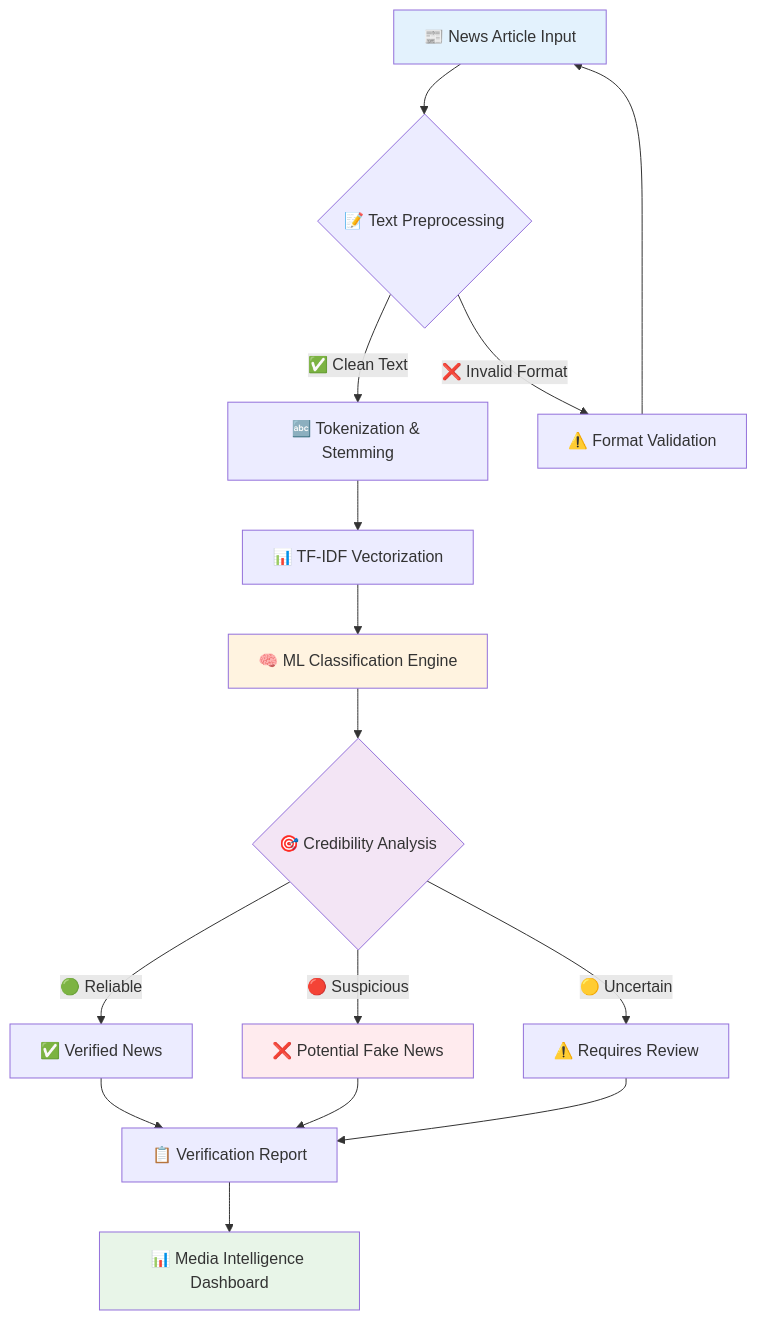
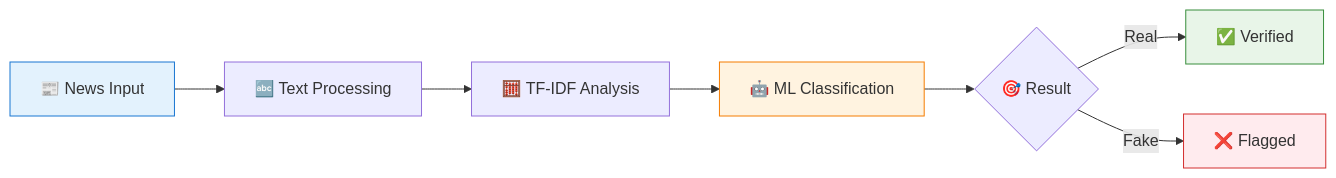
One commit to alam025/fake-news-detection-nlp-system changed the diagram in README.md. Above: the diagram before and after it, drawn with Mermaid. The commit also changed other lines of this file, not shown here.

````diff
--- a/README.md
+++ b/README.md
@@ -70,23 +77,14 @@
 ```mermaid
-graph TB
-    A[📰 News Article Input] --> B{📝 Text Preprocessing}
-    B -->|✅ Clean Text| C[🔤 Tokenization & Stemming]
-    B -->|❌ Invalid Format| D[⚠️ Format Validation]
-    D --> A
-    C --> E[📊 TF-IDF Vectorization]
-    E --> F[🧠 ML Classification Engine]
-    F --> G{🎯 Credibility Analysis}
-    G -->|🟢 Reliable| H[✅ Verified News]
-    G -->|🔴 Suspicious| I[❌ Potential Fake News]
-    G -->|🟡 Uncertain| J[⚠️ Requires Review]
-    H --> K[📋 Verification Report]
-    I --> K
-    J --> K
-    K --> L[📊 Media Intelligence Dashboard]
+graph LR
+    A[📰 News Input] --> B[🔤 Text Processing]
+    B --> C[🧮 TF-IDF Analysis]
+    C --> D[🤖 ML Classification]
+    D --> E{🎯 Result}
+    E -->|Real| F[✅ Verified]
+    E -->|Fake| G[❌ Flagged]
     
-    style A fill:#E3F2FD
-    style F fill:#FFF3E0
-    style G fill:#F3E5F5
-    style I fill:#FFEBEE
-    style L fill:#E8F5E8
+    style A fill:#E3F2FD,stroke:#1976D2
+    style D fill:#FFF3E0,stroke:#F57C00
+    style F fill:#E8F5E8,stroke:#388E3C
+    style G fill:#FFEBEE,stroke:#D32F2F
 ```
````
